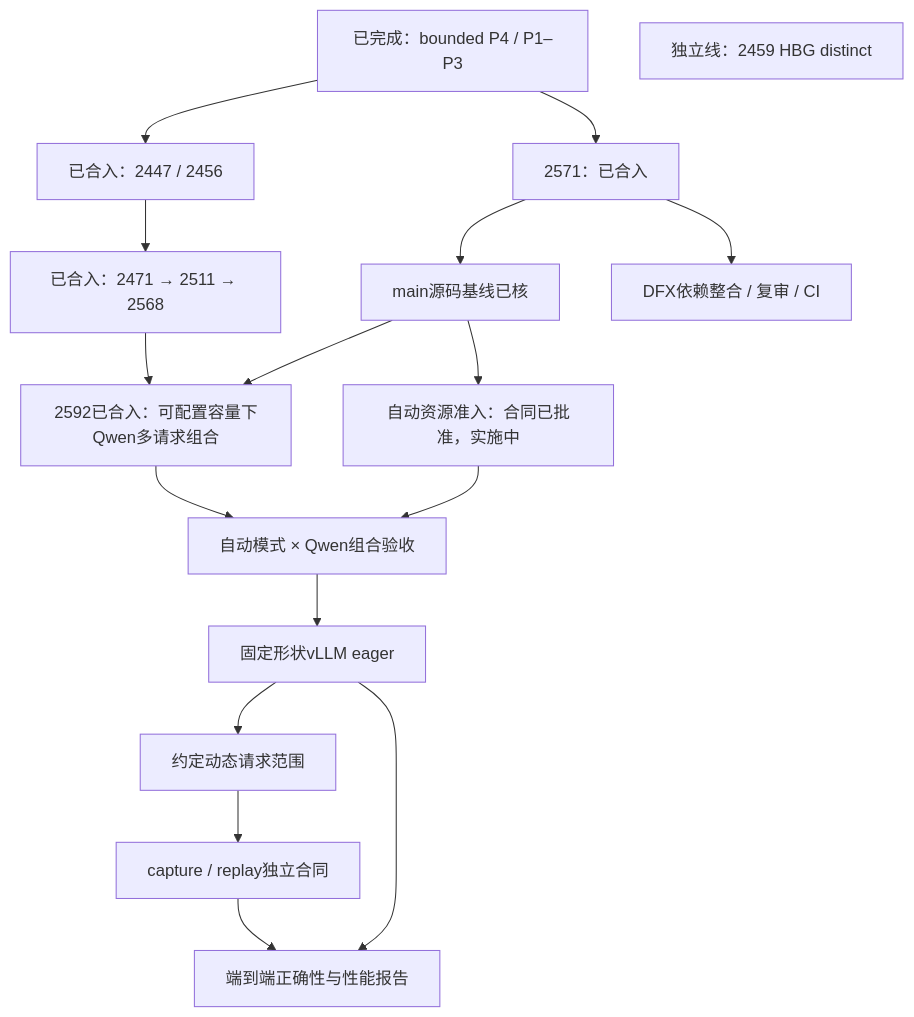
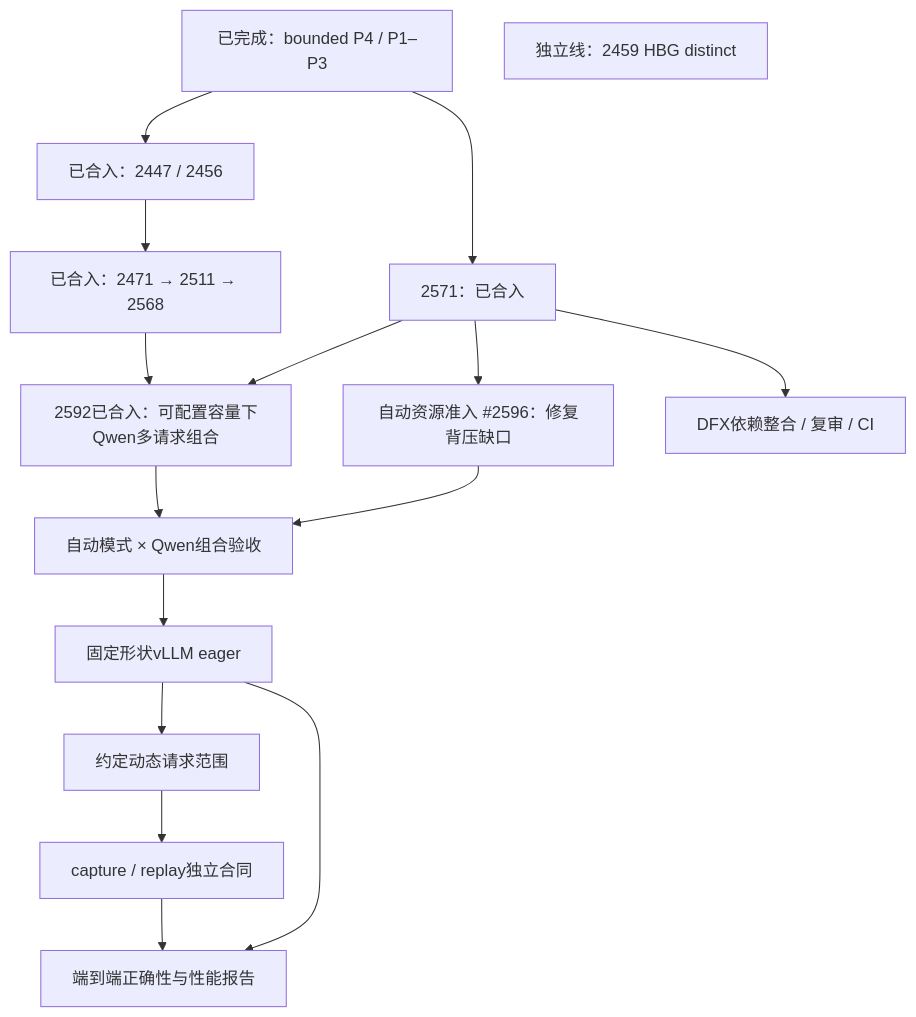
One commit to ChaoWao/simpler-fork changed the diagram in references/pipeline-a/run-pipeline-track-a.md. Above: the diagram before and after it, drawn with Mermaid. The commit also changed other lines of this file and 10 other files, not shown here.

````diff
--- a/references/pipeline-a/run-pipeline-track-a.md
+++ b/references/pipeline-a/run-pipeline-track-a.md
@@ -62,19 +62,18 @@
 ```mermaid
 flowchart TD
   S1[已完成：bounded P4 / P1–P3] --> S2[已合入：2447 / 2456]
   S2 --> S3[已合入：2471 → 2511 → 2568]
   S1 --> R1[2571：已合入]
-  R1 --> B[main源码基线已核]
-  B --> A[自动资源准入：合同已批准，实施中]
+  R1 --> A[自动资源准入 #2596：修复背压缺口]
   A --> C[自动模式 × Qwen组合验收]
-  B --> Q[2592已合入：可配置容量下Qwen多请求组合]
+  R1 --> Q[2592已合入：可配置容量下Qwen多请求组合]
   S3 --> Q
   Q --> C
   R1 --> D[DFX依赖整合 / 复审 / CI]
   C --> E[固定形状vLLM eager]
   E --> F[约定动态请求范围]
   F --> G[capture / replay独立合同]
   E --> H[端到端正确性与性能报告]
   G --> H
   X[独立线：2459 HBG distinct]
 ```
````
